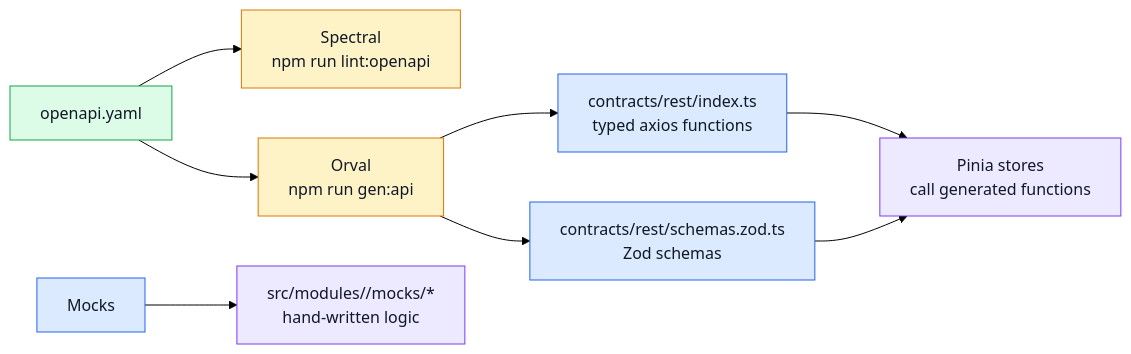
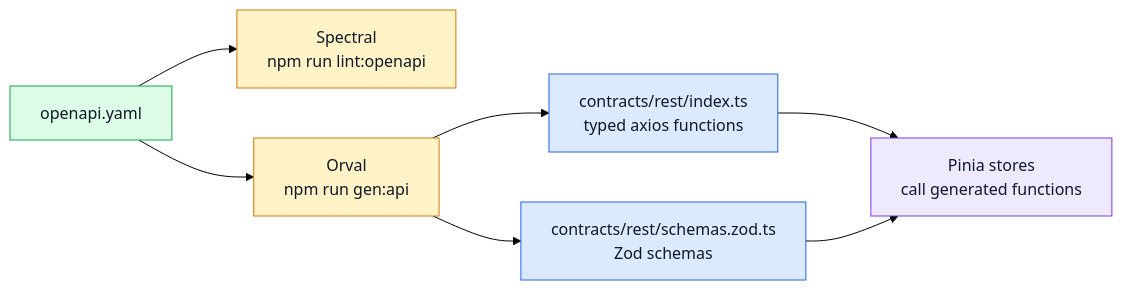
The diagram in docs/api/index.md (Guebbit/boilerplate-vue-frontend), drawn with Mermaid (forest theme) before and after one commit. The commit also changed 11 other files, not shown here.

````diff
--- a/docs/api/index.md
+++ b/docs/api/index.md
@@ -7,20 +7,19 @@
 ```mermaid
 %%{init: {'flowchart': {'nodeSpacing': 50, 'rankSpacing': 65}}}%%
 flowchart LR
     Spec[openapi.yaml] --> Lint[Spectral\nnpm run lint:openapi]
     Spec --> Generate[Orval\nnpm run gen:api]
     Generate --> Client[contracts/rest/index.ts\ntyped axios functions]
     Generate --> Schemas[contracts/rest/schemas.zod.ts\nZod schemas]
     Client --> Stores[Pinia stores\ncall generated functions]
     Schemas --> Stores
-    Mocks --> Handlers[src/modules/<name>/mocks/*\nhand-written logic]
 
     classDef contract fill:#dcfce7,stroke:#16a34a,color:#111827;
     classDef tooling fill:#fef3c7,stroke:#d97706,color:#111827;
     classDef generated fill:#dbeafe,stroke:#2563eb,color:#111827;
     classDef app fill:#ede9fe,stroke:#7c3aed,color:#111827;
     class Spec contract;
     class Lint,Generate tooling;
-    class Client,Schemas,Mocks generated;
-    class Stores,Handlers app;
+    class Client,Schemas generated;
+    class Stores app;
 ```
````
